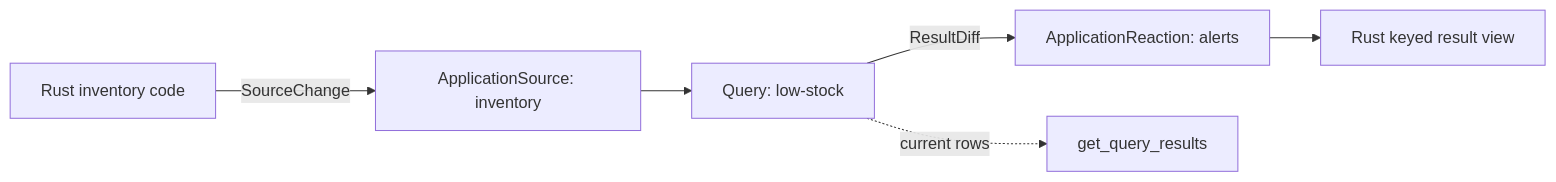
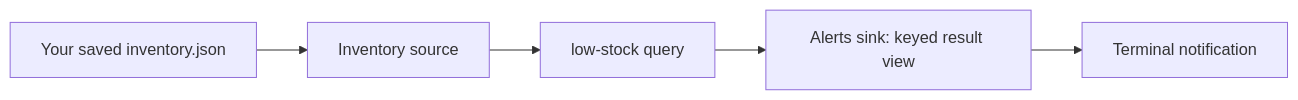
One commit to drasi-project/drasi-core changed the first of 9 diagrams in lib/docs/developer-guide/README.md. Above: the diagram before and after it, drawn with Mermaid. The commit also changed other lines of this file and 9 other files, not shown here.

````diff
--- a/lib/docs/developer-guide/README.md
+++ b/lib/docs/developer-guide/README.md
@@ -223,8 +200,7 @@
 ```mermaid
 flowchart LR
-    App["Rust inventory code"] -->|SourceChange| S["ApplicationSource: inventory"]
-    S --> Q["Query: low-stock"]
-    Q -->|ResultDiff| R["ApplicationReaction: alerts"]
-    R --> V["Rust keyed result view"]
-    Q -. current rows .-> Read["get_query_results"]
+    File["Your saved inventory.json"] --> Inventory["Inventory source"]
+    Inventory --> Query["low-stock query"]
+    Query --> Alerts["Alerts sink: keyed result view"]
+    Alerts --> Terminal["Terminal notification"]
 ```
````
